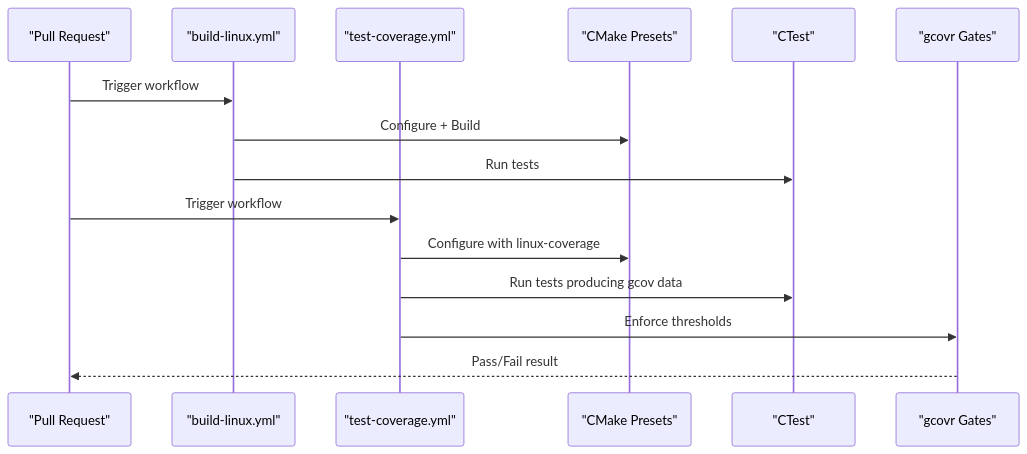
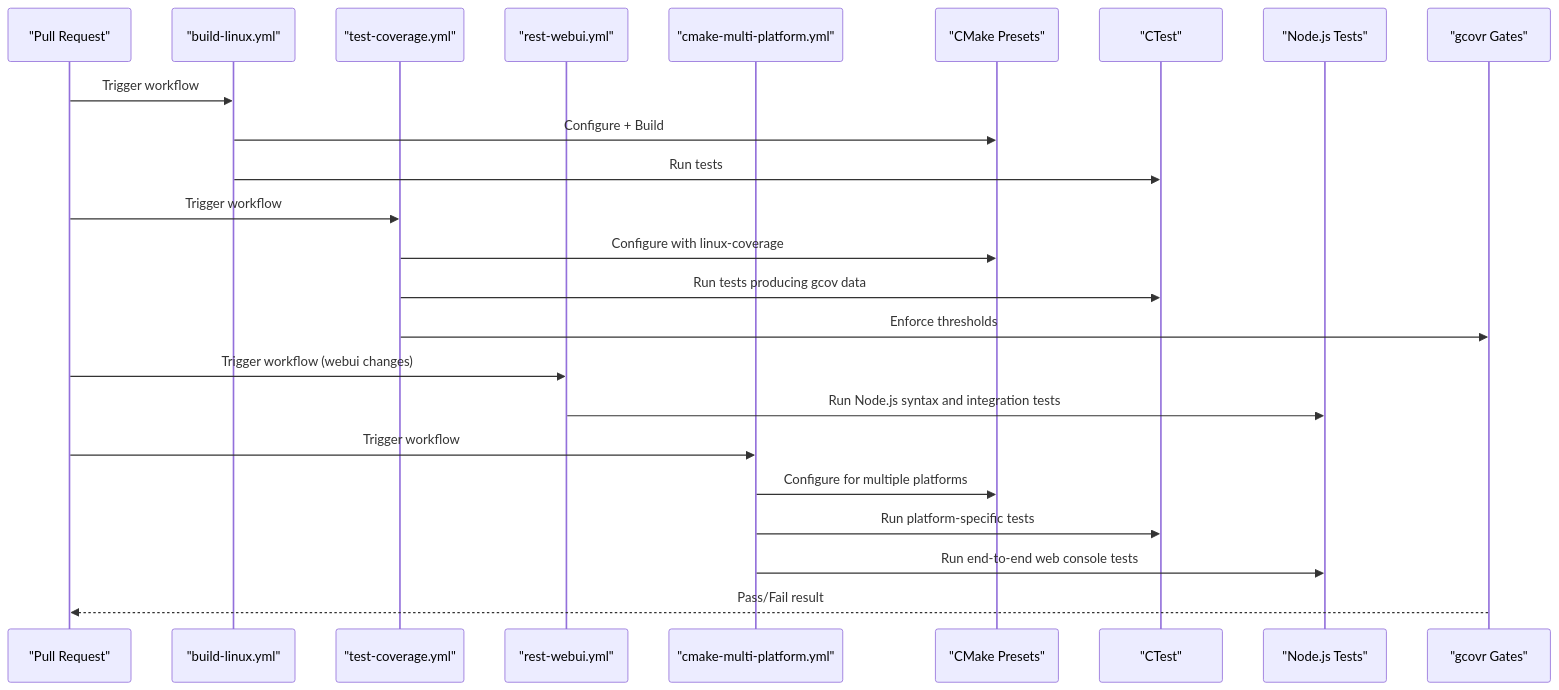
One commit to hsmbanlance/HsBaSlicer changed the fifth of 9 diagrams in .qoder/repowiki/en/content/Development Testing & Contribution.md. Above: the diagram before and after it, drawn with Mermaid. The commit also changed other lines of this file and 101 other files, not shown here.

````diff
--- a/.qoder/repowiki/en/content/Development Testing & Contribution.md
+++ b/.qoder/repowiki/en/content/Development Testing & Contribution.md
@@ -345,17 +384,26 @@
 ```mermaid
 sequenceDiagram
 participant PR as "Pull Request"
 participant CI_Build as "build-linux.yml"
 participant CI_Coverage as "test-coverage.yml"
+participant CI_WebUI as "rest-webui.yml"
+participant CI_Multi as "cmake-multi-platform.yml"
 participant CMake as "CMake Presets"
 participant Tests as "CTest"
+participant NodeTests as "Node.js Tests"
 participant Coverage as "gcovr Gates"
 PR->>CI_Build : Trigger workflow
 CI_Build->>CMake : Configure + Build
 CI_Build->>Tests : Run tests
 PR->>CI_Coverage : Trigger workflow
 CI_Coverage->>CMake : Configure with linux-coverage
 CI_Coverage->>Tests : Run tests producing gcov data
 CI_Coverage->>Coverage : Enforce thresholds
+PR->>CI_WebUI : Trigger workflow (webui changes)
+CI_WebUI->>NodeTests : Run Node.js syntax and integration tests
+PR->>CI_Multi : Trigger workflow
+CI_Multi->>CMake : Configure for multiple platforms
+CI_Multi->>Tests : Run platform-specific tests
+CI_Multi->>NodeTests : Run end-to-end web console tests
 Coverage-->>PR : Pass/Fail result
 ```
````
